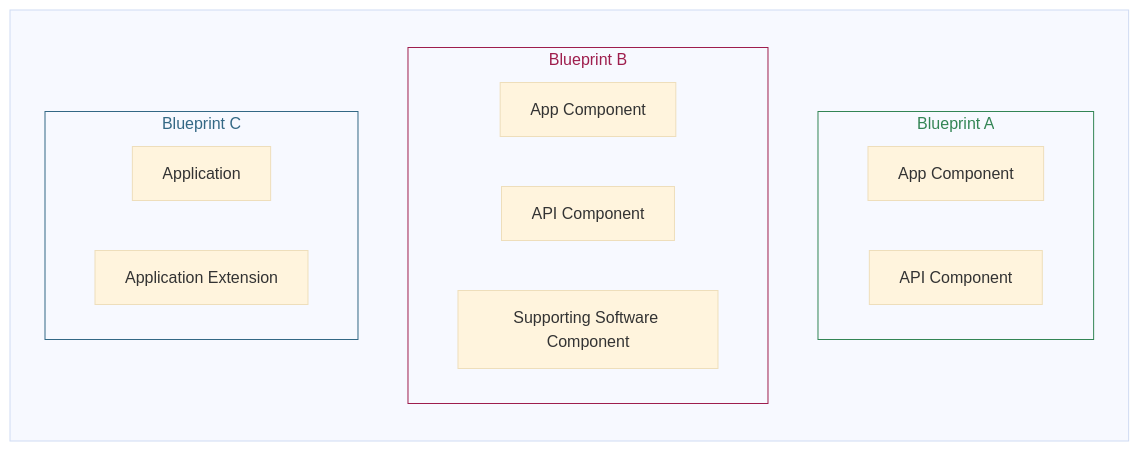
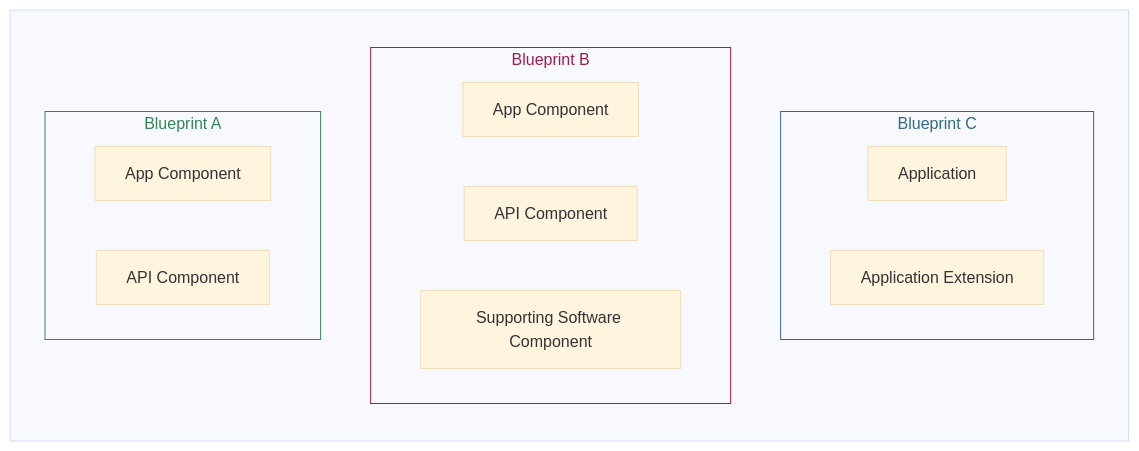
One commit to digital-blueprint/handbook changed the first of 3 diagrams in docs/index.md. Above: the diagram before and after it, drawn with Mermaid (base theme). The commit also changed other lines of this file and 85 other files, not shown here.

First line of the commit message:
Update frontend deps + mermaid

````diff
--- a/docs/index.md
+++ b/docs/index.md
@@ -5,30 +5,30 @@
 ```mermaid
 flowchart TB
     style blueprint_a stroke:#338555,color:#338555
     style blueprint_b stroke:#9e1e4d,color:#9e1e4d
     style blueprint_c stroke:#336885,color:#336885
 
     subgraph " "
       direction TB
 
-      subgraph blueprint_a ["Blueprint A"]
+      subgraph blueprint_c ["Blueprint C"]
           direction LR
-          component_1["App Component"]
-          component_2["API Component"]
+          component_6["Application"]
+          component_7["Application Extension"]
       end
 
       subgraph blueprint_b ["Blueprint B"]
           direction LR
           component_3["App Component"]
           component_4["API Component"]
           component_5["Supporting Software Component"]
       end
 
-      subgraph blueprint_c ["Blueprint C"]
+      subgraph blueprint_a ["Blueprint A"]
           direction LR
-          component_6["Application"]
-          component_7["Application Extension"]
+          component_1["App Component"]
+          component_2["API Component"]
       end
 
     end
 ```
````
